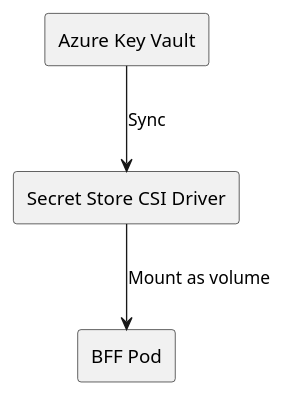
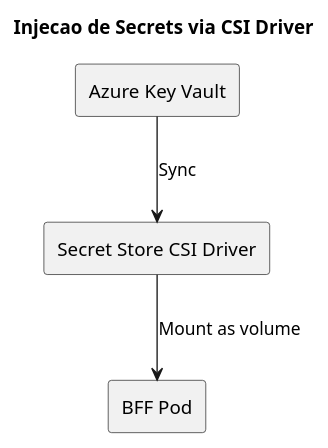
One commit to beduardo/novobanco_website_doc changed the third of 3 diagrams in current/sections/SEC-10-arquitetura-operacional.md. Above: the diagram before and after it, drawn with PlantUML. The commit also changed other lines of this file and 17 other files, not shown here.

````diff
--- a/current/sections/SEC-10-arquitetura-operacional.md
+++ b/current/sections/SEC-10-arquitetura-operacional.md
@@ -152,13 +214,16 @@
 ```plantuml
 @startuml
 skinparam componentStyle rectangle
+skinparam backgroundColor white
+
+title Injecao de Secrets via CSI Driver
 
 [Azure Key Vault] as KV
 [Secret Store CSI Driver] as CSI
 [BFF Pod] as BFF
 
 KV --> CSI : Sync
 CSI --> BFF : Mount as volume
 
 @enduml
 ```
````
